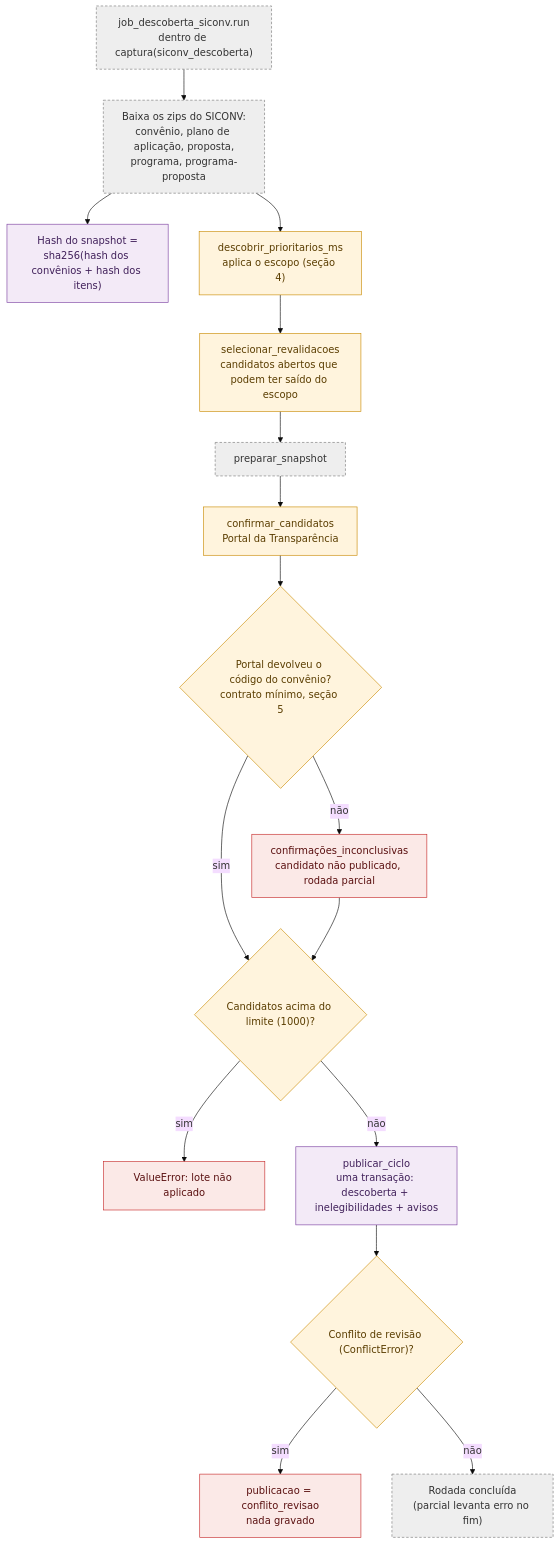
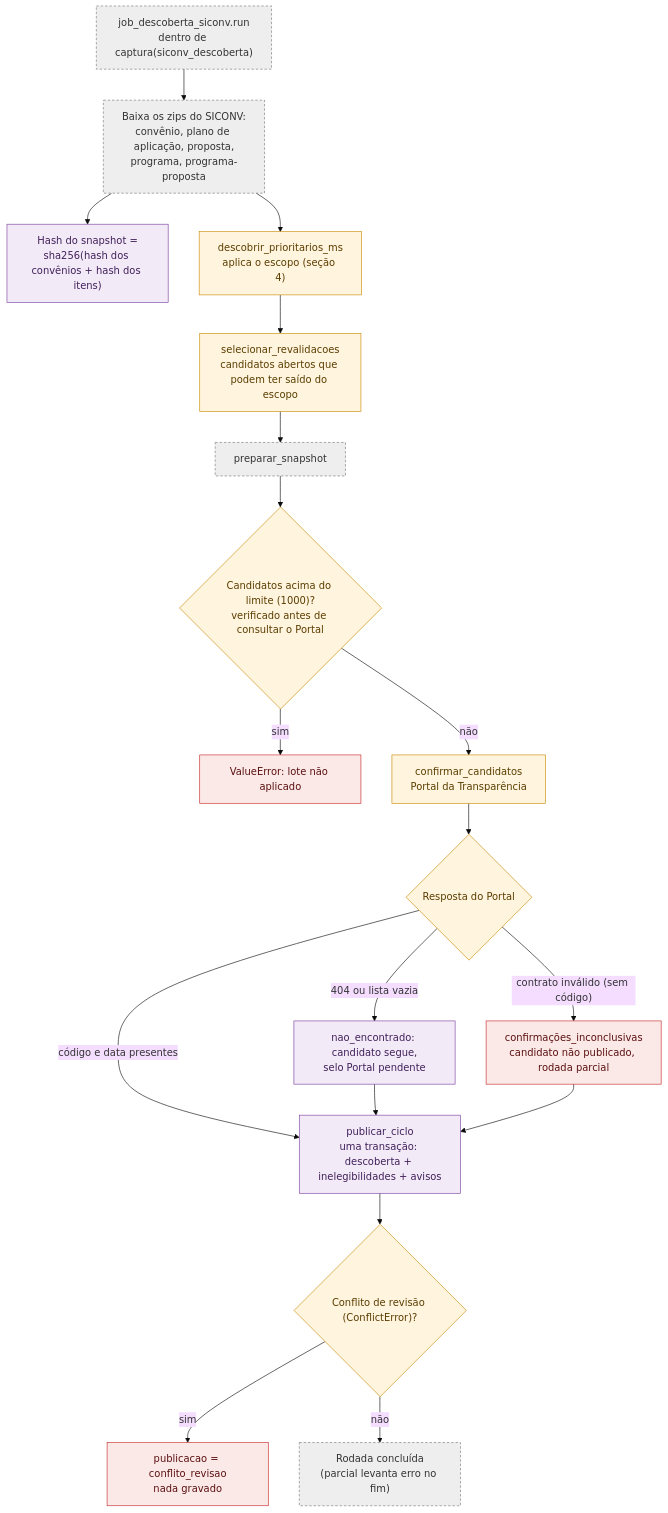
The third of 21 diagrams in docs/mermaid/radar-instrumentos.md (devs-ministerio/par_equipamentos), drawn with Mermaid (base theme) before and after one commit. The commit also changed other lines of this file and 6 other files, not shown here.

Commit message:
docs: corrige mapas Mermaid segundo a auditoria (Portal opcional, prova gravada, cardinalidades, rotas, jobs)

````diff
--- a/docs/mermaid/radar-instrumentos.md
+++ b/docs/mermaid/radar-instrumentos.md
@@ -63,23 +63,25 @@
 ```mermaid
 flowchart TB
     classDef job fill:#EEE,stroke:#777,color:#333,stroke-dasharray:4 3
     classDef regra fill:#FFF4DD,stroke:#C98A00,color:#5a3d00
     classDef erro fill:#FBE9E7,stroke:#C62828,color:#5a1010
     classDef dado fill:#F3EAF7,stroke:#7B3FA0,color:#40205a
 
     INI["job_descoberta_siconv.run<br/>dentro de captura(siconv_descoberta)"]:::job --> ZIP["Baixa os zips do SICONV:<br/>convênio, plano de aplicação, proposta,<br/>programa, programa-proposta"]:::job
     ZIP --> HASH["Hash do snapshot =<br/>sha256(hash dos convênios + hash dos itens)"]:::dado
     ZIP --> PRIO["descobrir_prioritarios_ms<br/>aplica o escopo (seção 4)"]:::regra
     PRIO --> REVAL["selecionar_revalidacoes<br/>candidatos abertos que podem ter saído do escopo"]:::regra
     REVAL --> SNAP["preparar_snapshot"]:::job
-    SNAP --> CONF["confirmar_candidatos<br/>Portal da Transparência"]:::regra
-    CONF --> OK{"Portal devolveu o código do convênio?<br/>contrato mínimo, seção 5"}:::regra
-    OK -->|"não"| INC["confirmações_inconclusivas<br/>candidato não publicado, rodada parcial"]:::erro
-    OK -->|"sim"| LIM{"Candidatos acima do limite (1000)?"}:::regra
-    INC --> LIM
+    SNAP --> LIM{"Candidatos acima do limite (1000)?<br/>verificado antes de consultar o Portal"}:::regra
     LIM -->|"sim"| ERRO["ValueError: lote não aplicado"]:::erro
-    LIM -->|"não"| PUB["publicar_ciclo<br/>uma transação: descoberta + inelegibilidades + avisos"]:::dado
+    LIM -->|"não"| CONF["confirmar_candidatos<br/>Portal da Transparência"]:::regra
+    CONF --> OK{"Resposta do Portal"}:::regra
+    OK -->|"404 ou lista vazia"| NE["nao_encontrado: candidato segue,<br/>selo Portal pendente"]:::dado
+    OK -->|"contrato inválido (sem código)"| INC["confirmações_inconclusivas<br/>candidato não publicado, rodada parcial"]:::erro
+    OK -->|"código e data presentes"| PUB["publicar_ciclo<br/>uma transação: descoberta + inelegibilidades + avisos"]:::dado
+    NE --> PUB
+    INC --> PUB
     PUB --> CONFL{"Conflito de revisão (ConflictError)?"}:::regra
     CONFL -->|"sim"| CR["publicacao = conflito_revisao<br/>nada gravado"]:::erro
     CONFL -->|"não"| FIM["Rodada concluída<br/>(parcial levanta erro no fim)"]:::job
 ```
````
